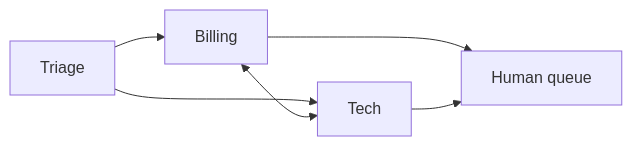
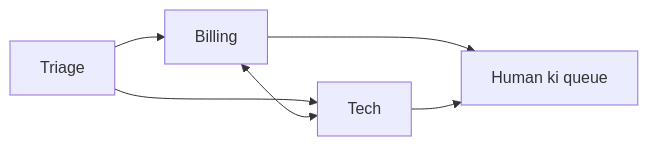
The second of 2 diagrams in docs/10-multi-agent-systems/10.3-peer-to-peer-and-handoffs.md (asmustechno/agentic-ai-notes), drawn with Mermaid before and after one commit. The commit also changed other lines of this file and 135 other files, not shown here.

````diff
--- a/docs/10-multi-agent-systems/10.3-peer-to-peer-and-handoffs.md
+++ b/docs/10-multi-agent-systems/10.3-peer-to-peer-and-handoffs.md
@@ -79,8 +79,8 @@
 ```mermaid
 flowchart LR
     T[Triage] --> B[Billing]
     T --> X[Tech]
     B <--> X
-    B --> H[Human queue]
+    B --> H[Human ki queue]
     X --> H
 ```
````
